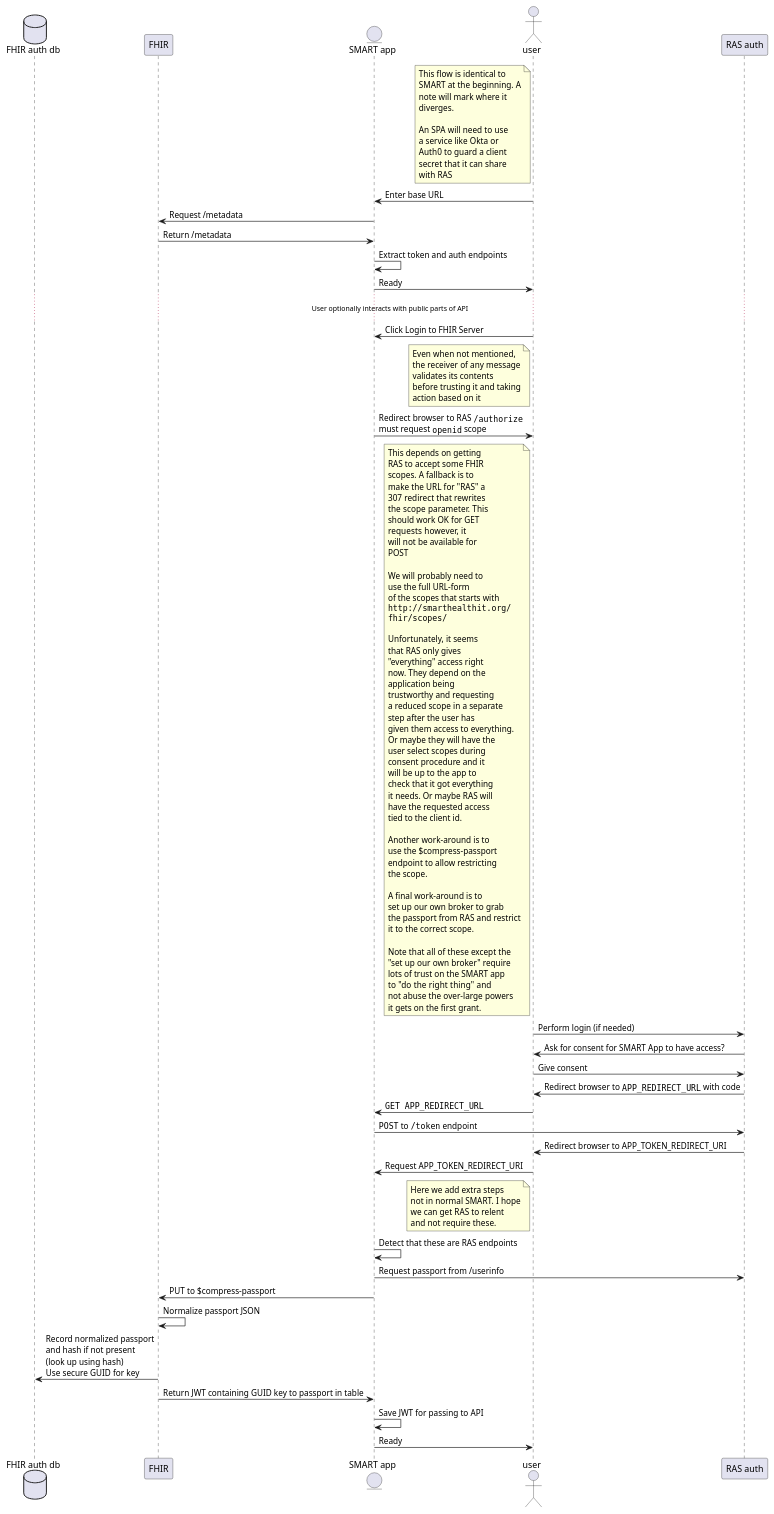
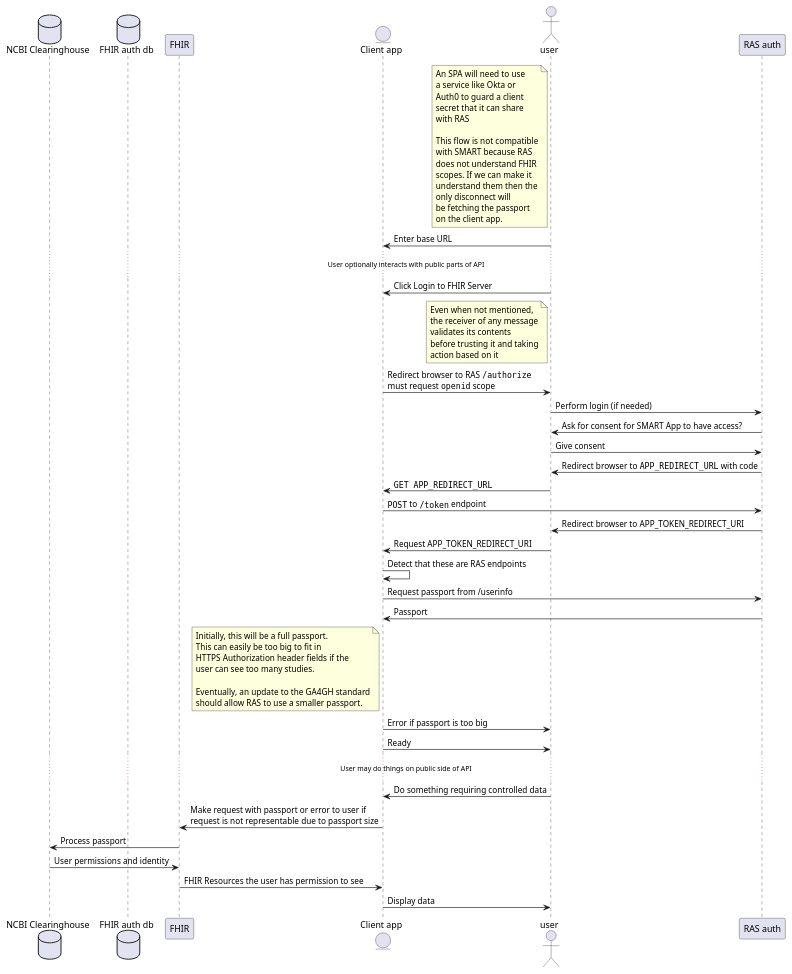
One commit to RadixSeven/RAS-FHIR-Flow changed the diagram in uml/authentication_flow.plantuml. Above: the diagram before and after it, drawn with PlantUML.

Commit message:
Update RAS flow to use direct passport method
We've given up on SMART for now and we are now depending on RAS eventually returning a usable-sized
passport.

```diff
--- a/uml/authentication_flow.plantuml
+++ b/uml/authentication_flow.plantuml
@@ -1,116 +1,69 @@
 @startuml "authentication_flow"
+database "NCBI Clearinghouse" as Clearinghouse
 database "FHIR auth db" as FhirDb
 participant "FHIR" as Fhir
-entity "SMART app" as App
+entity "Client app" as App
 actor user as User
 participant "RAS auth" as Ras
 
 note left of User
-This flow is identical to
-SMART at the beginning. A
-note will mark where it
-diverges.
-
 An SPA will need to use
 a service like Okta or
 Auth0 to guard a client
 secret that it can share
 with RAS
+
+This flow is not compatible
+with SMART because RAS
+does not understand FHIR
+scopes. If we can make it
+understand them then the
+only disconnect will
+be fetching the passport
+on the client app.
 end note
 
 User -> App : Enter base URL
-App -> Fhir : Request /metadata
-Fhir -> App : Return /metadata
-App -> App : Extract token and auth endpoints
-App -> User : Ready
 ... User optionally interacts with public parts of API ...
 User -> App : Click Login to FHIR Server
 
 note left of User
 Even when not mentioned,
 the receiver of any message
 validates its contents
 before trusting it and taking
 action based on it
 end note
 
 App -> User : Redirect browser to RAS ""/authorize""\nmust request ""openid"" scope
-note left of User
-This depends on getting
-RAS to accept some FHIR
-scopes. A fallback is to
-make the URL for "RAS" a
-307 redirect that rewrites
-the scope parameter. This
-should work OK for GET
-requests however, it
-will not be available for
-POST
-
-We will probably need to
-use the full URL-form
-of the scopes that starts with
-""http://smarthealthit.org/""
-""fhir/scopes/""
-
-Unfortunately, it seems
-that RAS only gives
-"everything" access right
-now. They depend on the
-application being
-trustworthy and requesting
-a reduced scope in a separate
-step after the user has
-given them access to everything.
-Or maybe they will have the
-user select scopes during
-consent procedure and it
-will be up to the app to
-check that it got everything
-it needs. Or maybe RAS will
-have the requested access
-tied to the client id.
-
-Another work-around is to
-use the $compress-passport
-endpoint to allow restricting
-the scope.
-
-A final work-around is to
-set up our own broker to grab
-the passport from RAS and restrict
-it to the correct scope.
-
-Note that all of these except the
-"set up our own broker" require
-lots of trust on the SMART app
-to  "do the right thing" and
-not abuse the over-large powers
-it gets on the first grant.
-end note
 User -> Ras : Perform login (if needed)
 Ras -> User: Ask for consent for SMART App to have access?
 User -> Ras : Give consent
 Ras -> User : Redirect browser to ""APP_REDIRECT_URL"" with code
 User -> App : ""GET APP_REDIRECT_URL""
 App -> Ras : ""POST"" to ""/token"" endpoint
 Ras -> User : Redirect browser to APP_TOKEN_REDIRECT_URI
 User -> App: Request APP_TOKEN_REDIRECT_URI
-
-note left of User
-Here we add extra steps
-not in normal SMART. I hope
-we can get RAS to relent
-and not require these.
-end note
-
 App -> App : Detect that these are RAS endpoints
 App -> Ras : Request passport from /userinfo
-App -> Fhir : PUT to $compress-passport
-Fhir -> Fhir : Normalize passport JSON
-Fhir-> FhirDb: Record normalized passport\nand hash if not present\n(look up using hash)\nUse secure GUID for key
-Fhir-> App : Return JWT containing GUID key to passport in table
-App -> App: Save JWT for passing to API
+Ras -> App : Passport
+note left of App
+Initially, this will be a full passport.
+This can easily be too big to fit in
+HTTPS Authorization header fields if the
+user can see too many studies.
+
+Eventually, an update to the GA4GH standard
+should allow RAS to use a smaller passport.
+end note
+App -> User: Error if passport is too big
 App -> User: Ready
+... User may do things on public side of API ...
+User -> App: Do something requiring controlled data
+App -> Fhir: Make request with passport or error to user if\nrequest is not representable due to passport size
+Fhir -> Clearinghouse: Process passport
+Clearinghouse -> Fhir: User permissions and identity
+Fhir -> App: FHIR Resources the user has permission to see
+App -> User: Display data
 
 @enduml
```
